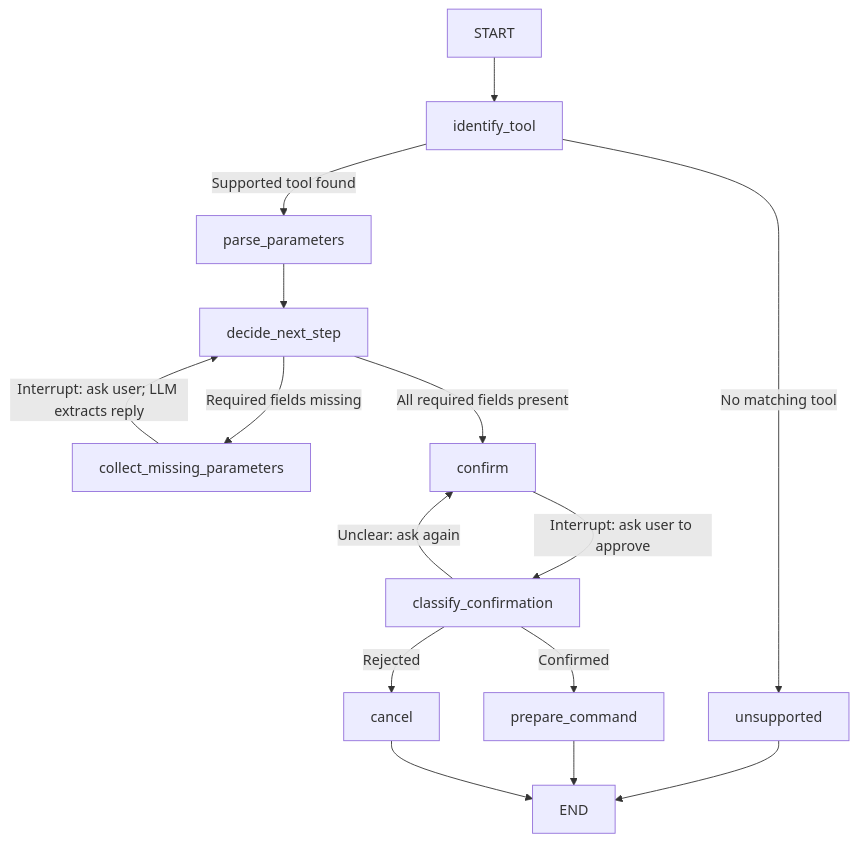
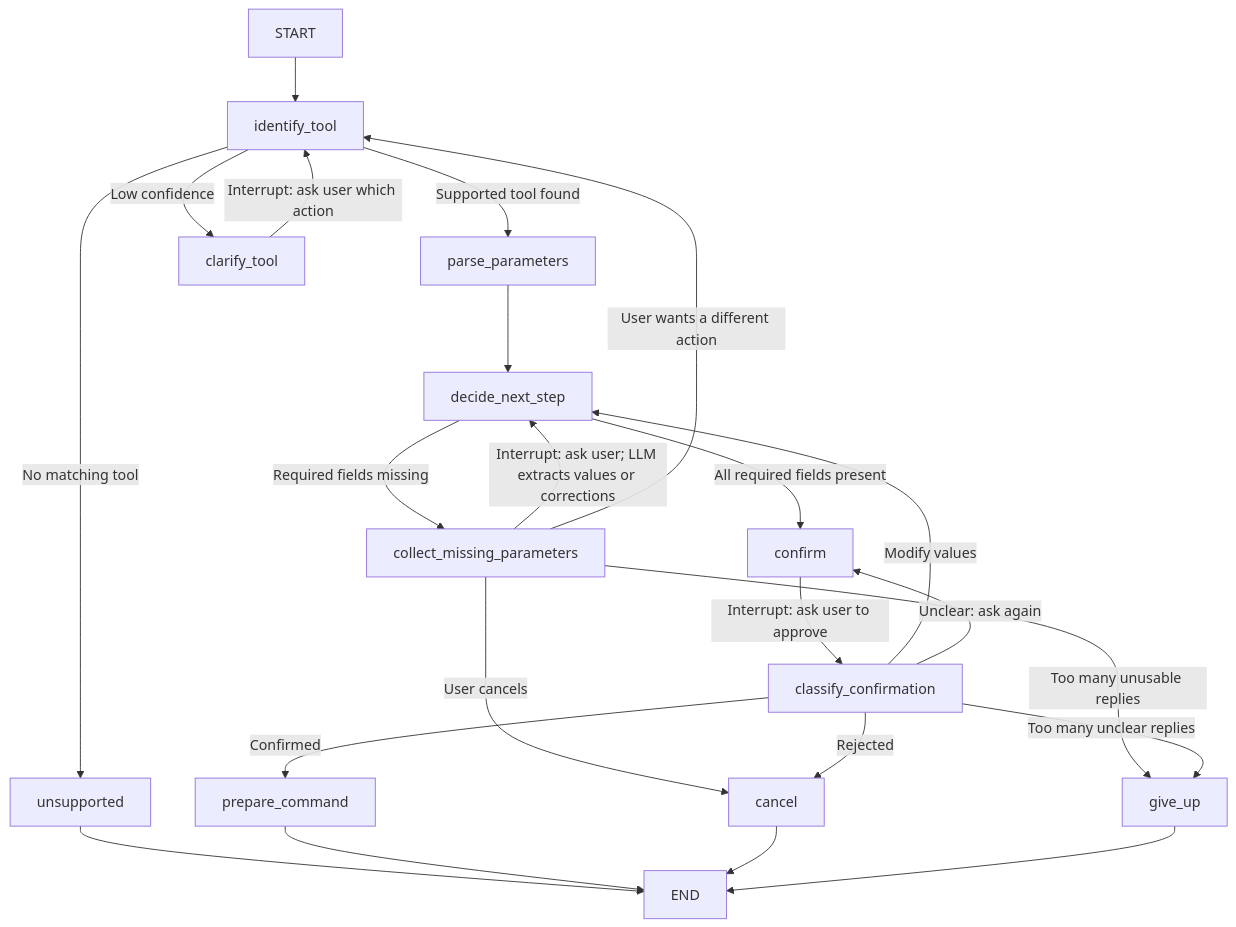
Before and after one commit to gauravrehan/langc-course: the diagram in langgraph_workflow.mmd, drawn with Mermaid. The commit also changed 6 other files, not shown here.

```diff
--- a/langgraph_workflow.mmd
+++ b/langgraph_workflow.mmd
@@ -1,21 +1,29 @@
 flowchart TD
     START --> identify_tool
 
     identify_tool -->|Supported tool found| parse_parameters
+    identify_tool -->|Low confidence| clarify_tool
     identify_tool -->|No matching tool| unsupported
+    clarify_tool -->|Interrupt: ask user which action| identify_tool
     unsupported --> END
 
     parse_parameters --> decide_next_step
 
     decide_next_step -->|Required fields missing| collect_missing_parameters
     decide_next_step -->|All required fields present| confirm
 
-    collect_missing_parameters -->|Interrupt: ask user; LLM extracts reply| decide_next_step
+    collect_missing_parameters -->|Interrupt: ask user; LLM extracts values or corrections| decide_next_step
+    collect_missing_parameters -->|User cancels| cancel
+    collect_missing_parameters -->|User wants a different action| identify_tool
+    collect_missing_parameters -->|Too many unusable replies| give_up
 
     confirm -->|Interrupt: ask user to approve| classify_confirmation
     classify_confirmation -->|Confirmed| prepare_command
     classify_confirmation -->|Rejected| cancel
+    classify_confirmation -->|Modify values| decide_next_step
     classify_confirmation -->|Unclear: ask again| confirm
+    classify_confirmation -->|Too many unclear replies| give_up
 
     prepare_command --> END
     cancel --> END
+    give_up --> END
```
